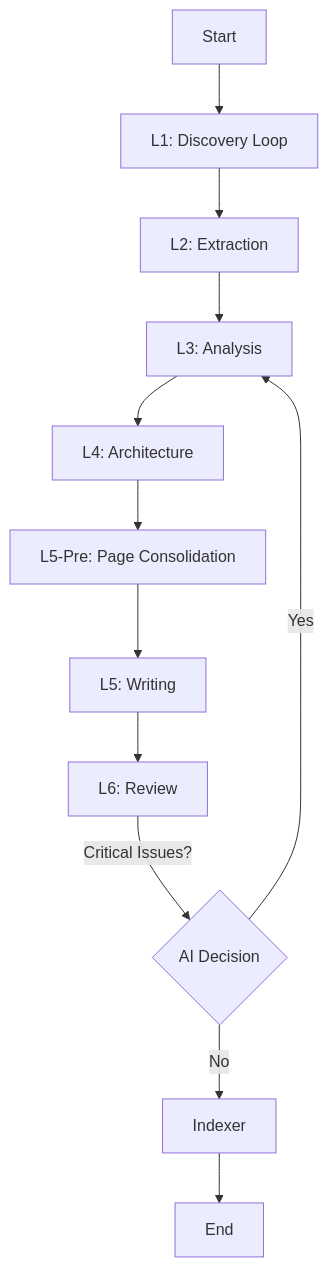
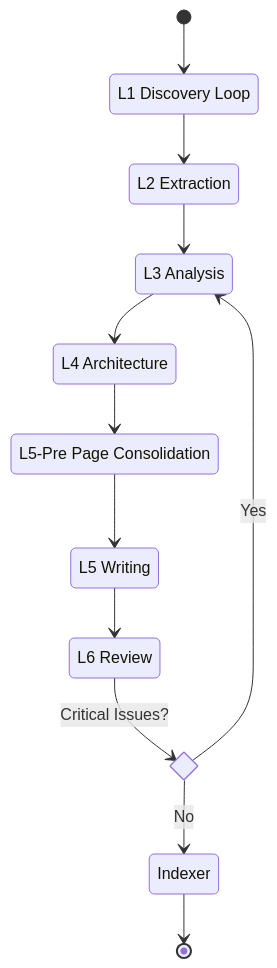
Before and after one commit to ifapmzadu6/vscode-copilot-deepwiki-extention: the diagram in docs/agent-orchestration.md, drawn with Mermaid. The commit also changed 1 other file, not shown here.

Commit message:
docs: update Mermaid diagram guidelines
- Convert graph TD to stateDiagram-v2 in agent-orchestration.md
- Use safer 'state "description" as id' syntax to avoid colon issues
- Add Mermaid guidelines to L3 and L4 prompts in deepWikiTool.ts
  - Recommended: C4Context, stateDiagram-v2, sequenceDiagram, classDiagram, block
  - Forbidden: flowchart, graph TD

````diff
--- a/docs/agent-orchestration.md
+++ b/docs/agent-orchestration.md
@@ -85,15 +85,25 @@
 ```mermaid
-graph TD
-    Start --> L1[L1: Discovery Loop]
-    L1 --> L2[L2: Extraction]
-    L2 --> L3[L3: Analysis]
-    L3 --> L4[L4: Architecture]
-    L4 --> L5Pre[L5-Pre: Page Consolidation]
-    L5Pre --> L5[L5: Writing]
-    L5 --> L6[L6: Review]
+stateDiagram-v2
+    [*] --> L1
+    state "L1 Discovery Loop" as L1
+    state "L2 Extraction" as L2
+    state "L3 Analysis" as L3
+    state "L4 Architecture" as L4
+    state "L5-Pre Page Consolidation" as L5Pre
+    state "L5 Writing" as L5
+    state "L6 Review" as L6
+    state "Indexer" as Indexer
 
-    L6 -- "Critical Issues?" --> Decision{AI Decision}
-    Decision -- "Yes" --> L3
-    Decision -- "No" --> Indexer
-    Indexer --> End
+    L1 --> L2
+    L2 --> L3
+    L3 --> L4
+    L4 --> L5Pre
+    L5Pre --> L5
+    L5 --> L6
+
+    state L6_Decision <<choice>>
+    L6 --> L6_Decision: Critical Issues?
+    L6_Decision --> L3: Yes
+    L6_Decision --> Indexer: No
+    Indexer --> [*]
 ```
````
